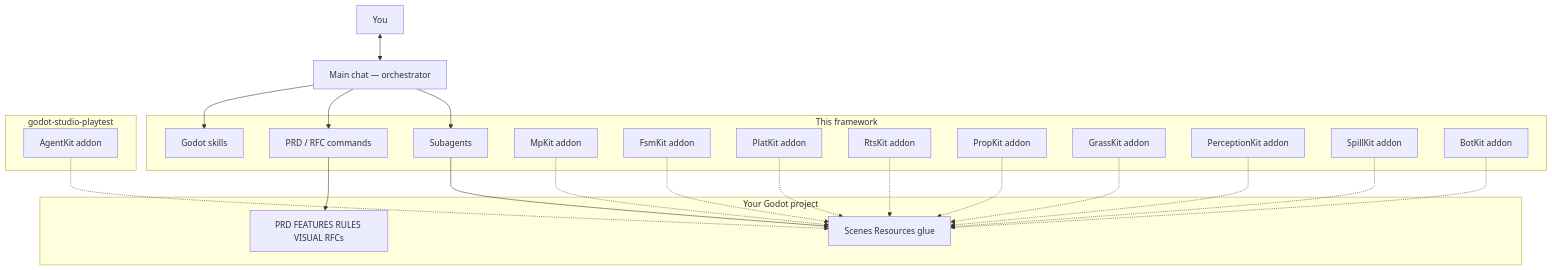
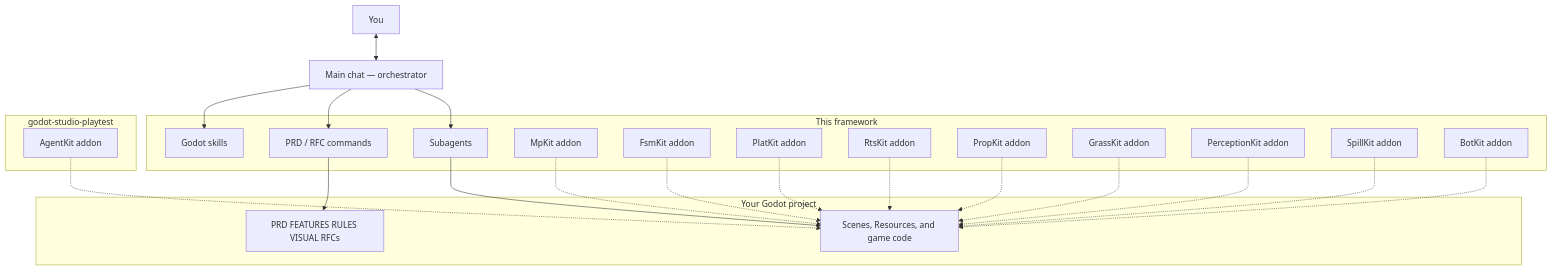
The first of 4 diagrams in docs/architecture.md (Joelnicolass/godot-studio-skills), drawn with Mermaid before and after one commit. The commit also changed other lines of this file and 312 other files, not shown here.

````diff
--- a/docs/architecture.md
+++ b/docs/architecture.md
@@ -9,47 +9,47 @@
 ```mermaid
 flowchart TB
   you[You]
   orch[Main chat — orchestrator]
 
   you <--> orch
 
   subgraph kit [This framework]
     skills[Godot skills]
     cmds[PRD / RFC commands]
     agents[Subagents]
     mpkit[MpKit addon]
     fsmkit[FsmKit addon]
     platkit[PlatKit addon]
     rtskit[RtsKit addon]
     propkit[PropKit addon]
     grasskit[GrassKit addon]
     perceptionkit[PerceptionKit addon]
     spillkit[SpillKit addon]
     botkit[BotKit addon]
   end
 
   subgraph playtest [godot-studio-playtest]
     agentkit[AgentKit addon]
   end
 
   subgraph game [Your Godot project]
     arts[PRD FEATURES RULES VISUAL RFCs]
-    code[Scenes Resources glue]
+    code["Scenes, Resources, and game code"]
   end
 
   orch --> skills
   orch --> cmds
   cmds --> arts
   orch --> agents
   agents --> code
   mpkit -.-> code
   agentkit -.-> code
   fsmkit -.-> code
   platkit -.-> code
   rtskit -.-> code
   propkit -.-> code
   grasskit -.-> code
   perceptionkit -.-> code
   spillkit -.-> code
   botkit -.-> code
 ```
````
